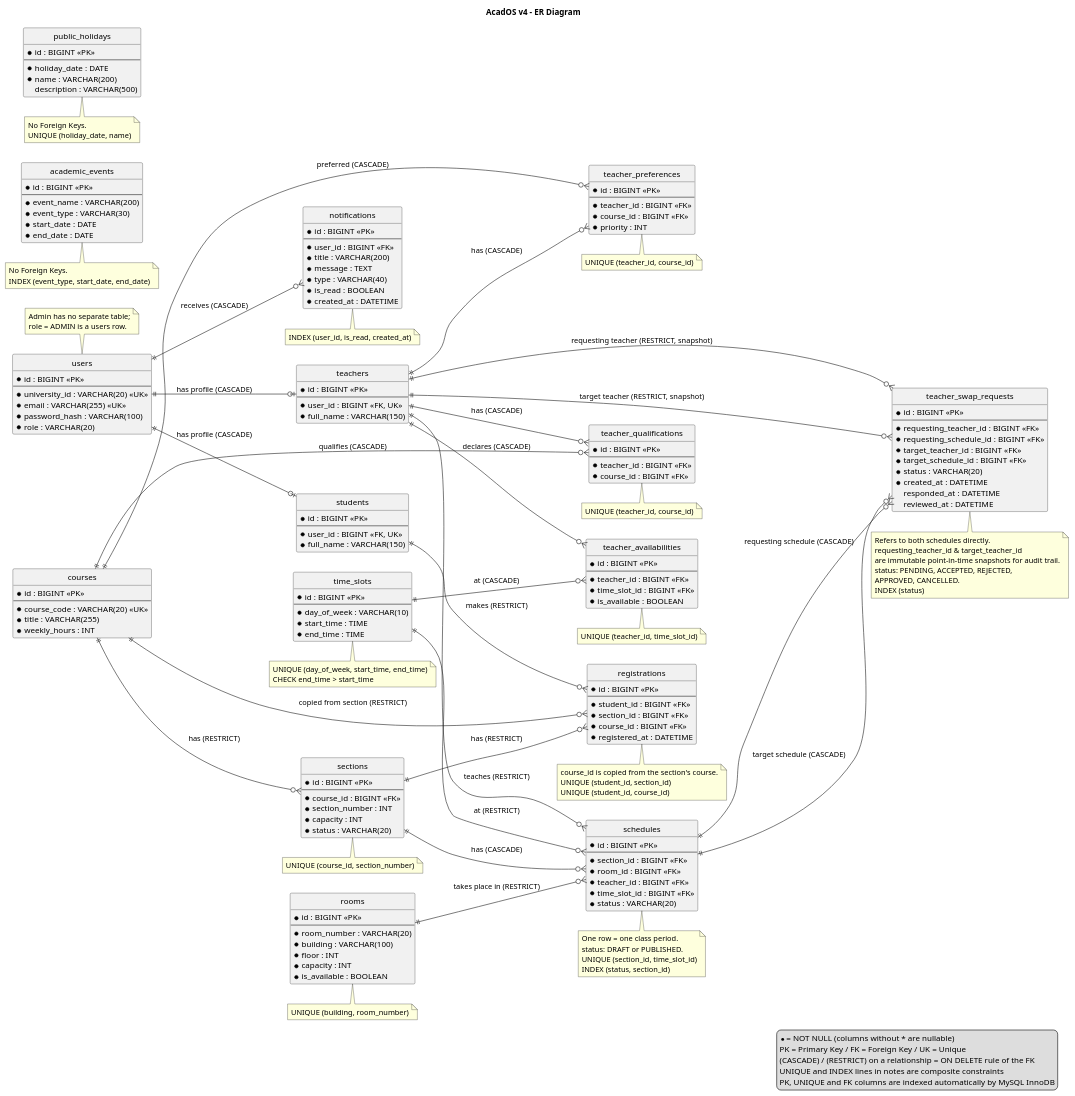
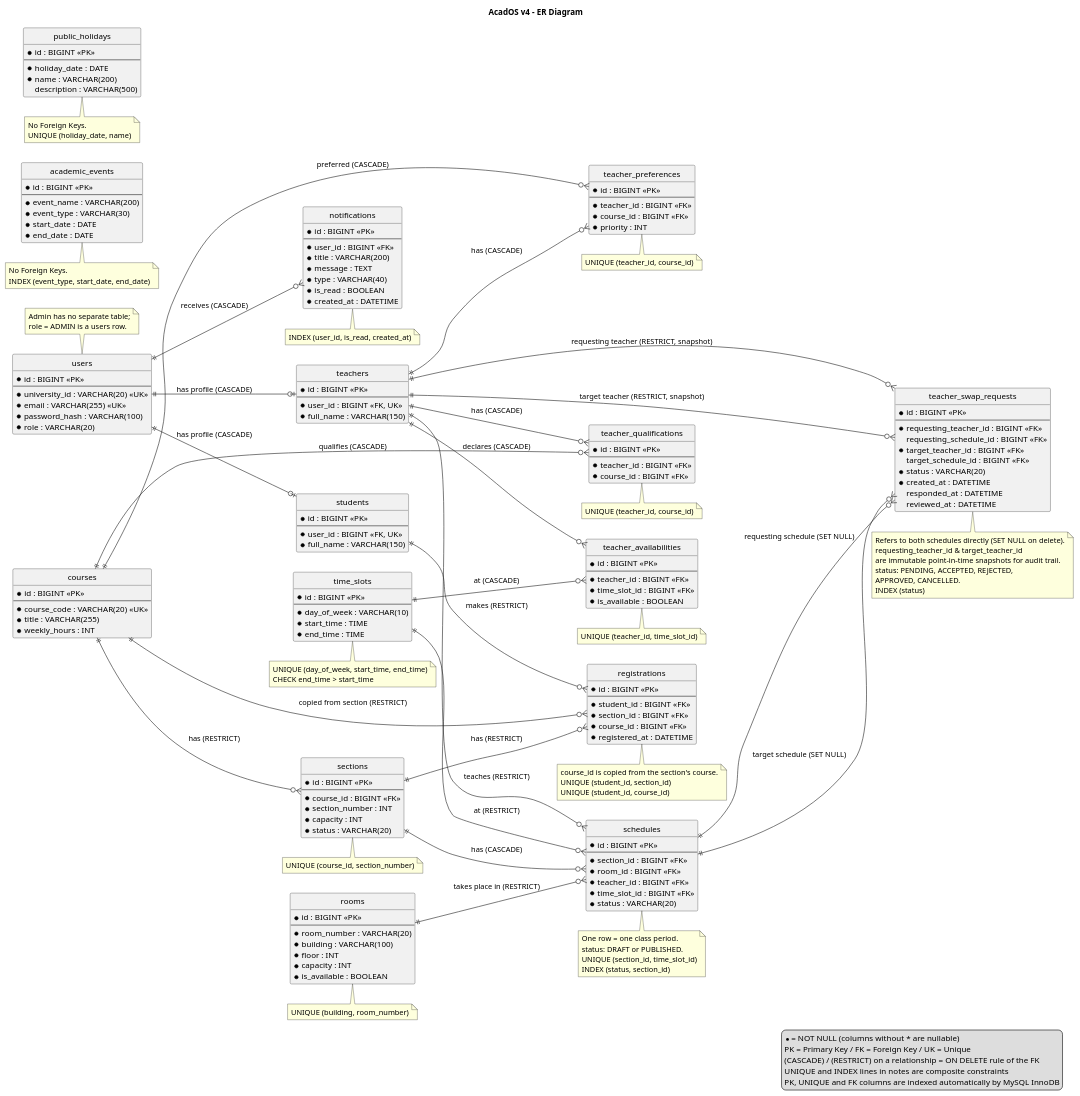
Before and after one commit to synthesixer/AcadOS: the diagram in doc/diagram/ER Diagram.puml, drawn with PlantUML. The commit also changed 1 other file, not shown here.

Commit message:
Clarify swap conflict and audit rules
Updated the AcadOS plan and ER diagram to document stricter teacher swap validation. Requests now reject with 409 Conflict for active swap duplicates or conflicts with unpublished DRAFT timetable entries, and the swap request schedule FKs are modeled as nullable with SET NULL on delete to preserve audit snapshots.

```diff
--- a/doc/diagram/ER Diagram.puml
+++ b/doc/diagram/ER Diagram.puml
@@ -116,9 +116,9 @@
   * id : BIGINT <<PK>>
   --
   * requesting_teacher_id : BIGINT <<FK>>
-  * requesting_schedule_id : BIGINT <<FK>>
+  requesting_schedule_id : BIGINT <<FK>>
   * target_teacher_id : BIGINT <<FK>>
-  * target_schedule_id : BIGINT <<FK>>
+  target_schedule_id : BIGINT <<FK>>
   * status : VARCHAR(20)
   * created_at : DATETIME
   responded_at : DATETIME
@@ -180,8 +180,8 @@
 
 teachers ||--o{ teacher_swap_requests : requesting teacher (RESTRICT, snapshot)
 teachers ||--o{ teacher_swap_requests : target teacher (RESTRICT, snapshot)
-schedules ||--o{ teacher_swap_requests : requesting schedule (CASCADE)
-schedules ||--o{ teacher_swap_requests : target schedule (CASCADE)
+schedules ||--o{ teacher_swap_requests : requesting schedule (SET NULL)
+schedules ||--o{ teacher_swap_requests : target schedule (SET NULL)
 
 ' ---------- Notes: composite UNIQUE / INDEX ----------
 note top of users
@@ -228,7 +228,7 @@
 end note
 
 note bottom of teacher_swap_requests
-  Refers to both schedules directly.
+  Refers to both schedules directly (SET NULL on delete).
   requesting_teacher_id & target_teacher_id
   are immutable point-in-time snapshots for audit trail.
   status: PENDING, ACCEPTED, REJECTED,
```
